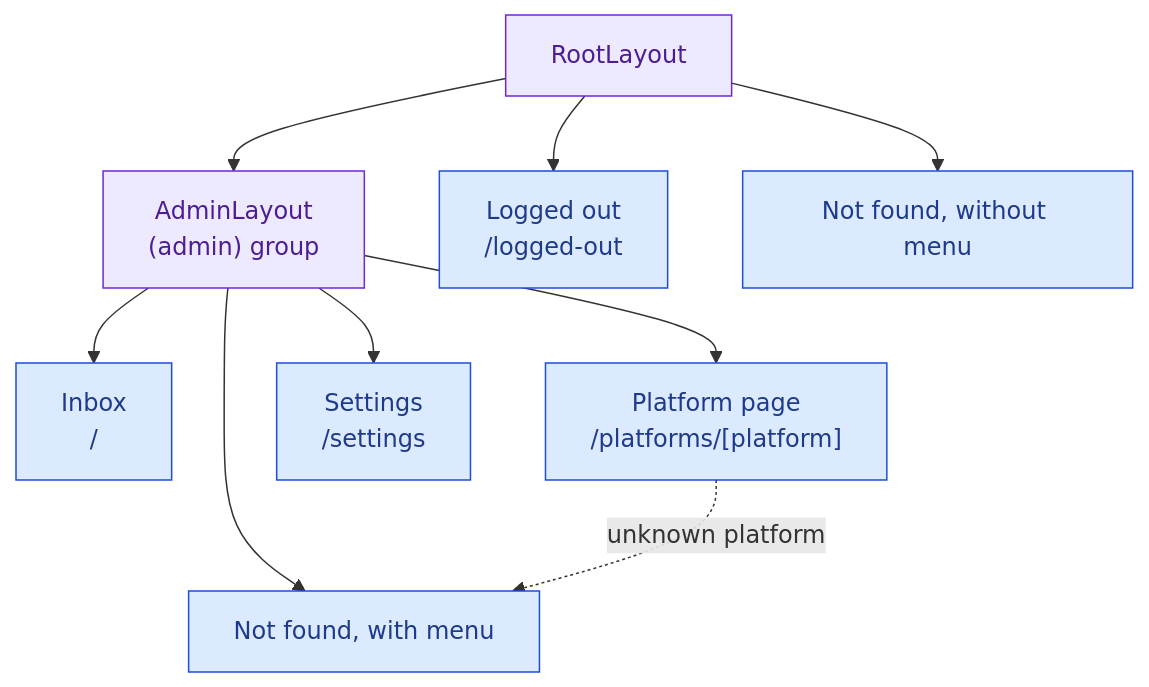
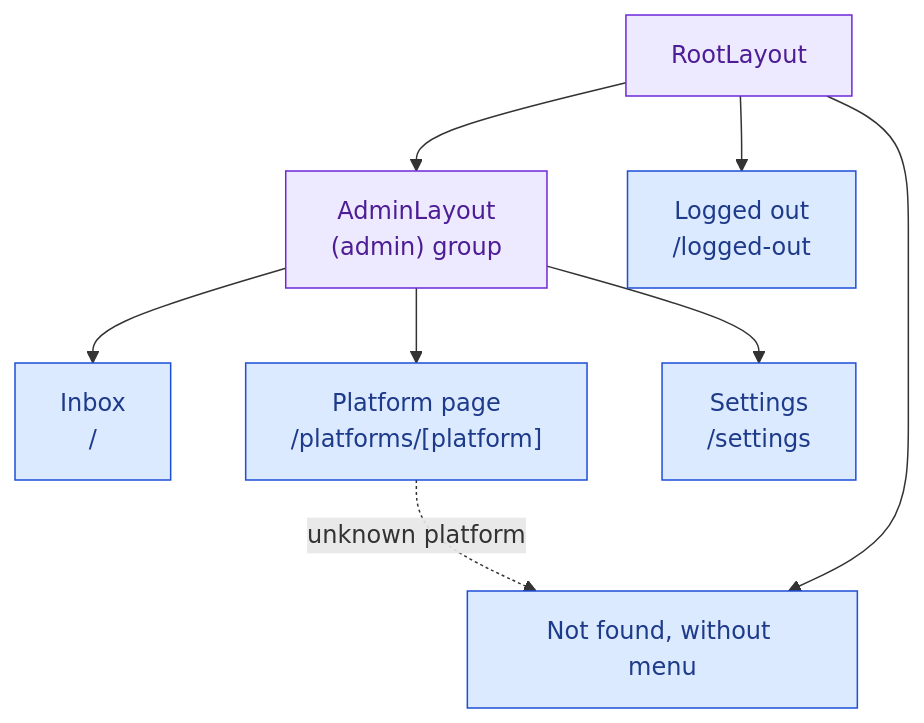
Before and after one commit to AlberteViendahl/feedback: the third of 13 diagrams in apps/admin/docs/architecture.md, drawn with Mermaid. The commit also changed other lines of this file and 1 other file, not shown here.

Commit message:
Updates to architecture and previous specs

````diff
--- a/apps/admin/docs/architecture.md
+++ b/apps/admin/docs/architecture.md
@@ -72,26 +74,24 @@
 ```mermaid
 flowchart TD
   Root["RootLayout"]:::layout
   Admin["AdminLayout<br/>(admin) group"]:::layout
   Home["Inbox<br/>/"]:::page
   Platform["Platform page<br/>/platforms/[platform]"]:::page
   Settings["Settings<br/>/settings"]:::page
-  AdminNotFound["Not found, with menu"]:::page
   LoggedOut["Logged out<br/>/logged-out"]:::page
-  RootNotFound["Not found, without menu"]:::page
+  NotFound["Not found, without menu"]:::page
 
   Root --> Admin
   Root --> LoggedOut
-  Root --> RootNotFound
+  Root --> NotFound
   Admin --> Home
   Admin --> Platform
   Admin --> Settings
-  Admin --> AdminNotFound
-  Platform -. "unknown platform" .-> AdminNotFound
+  Platform -. "unknown platform" .-> NotFound
 
   classDef page fill:#DBEAFE,stroke:#1D4ED8,color:#1E3A8A
   classDef layout fill:#EDE9FE,stroke:#6D28D9,color:#4C1D95
   classDef component fill:#DCFCE7,stroke:#15803D,color:#14532D
   classDef store fill:#FFEDD5,stroke:#C2410C,color:#7C2D12
   classDef mock fill:#F3F4F6,stroke:#4B5563,color:#1F2937,stroke-dasharray:4 3
 ```
````
